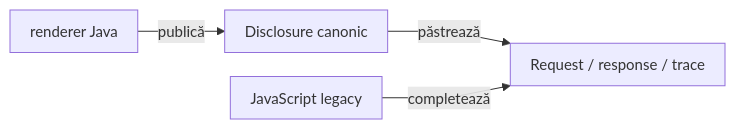
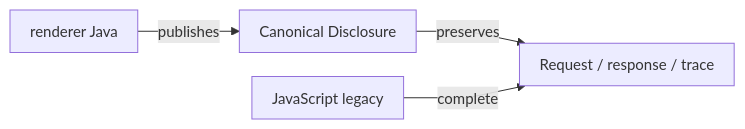
The ninth of 18 diagrams in atf-reporting/README.md (crististefanita/atf_j0), drawn with Mermaid before and after one commit. The commit also changed other lines of this file and 113 other files, not shown here.

````diff
--- a/atf-reporting/README.md
+++ b/atf-reporting/README.md
@@ -1483,7 +1151,7 @@
 ```mermaid
 %%{init: {"themeVariables":{"fontSize":"15px"},"themeCSS":".nodeLabel, .nodeLabel p { font-size: 15px !important; line-height: 1.35 !important; } .edgeLabel, .edgeLabel p { font-size: 12px !important; font-weight: 400 !important; line-height: 1.2 !important; } .edgeLabel .labelBkg, .edgeLabel p { background: transparent !important; } .edgeLabel foreignObject { transform: translateY(-18px); overflow: visible; } .node rect { rx: 6px; ry: 6px; }","flowchart":{"curve":"linear","nodeSpacing":24,"rankSpacing":40,"padding":10,"diagramPadding":16}}}%%
 flowchart LR
-    Java[renderer Java] -->|publică| Canonical["Disclosure canonic"]
-    Canonical -->|păstrează| Dom["Request / response / trace"]
-    Legacy[JavaScript legacy] -->|completează| Dom
+    Java[renderer Java] -->|publishes| Canonical["Canonical Disclosure"]
+    Canonical -->|preserves| Dom["Request / response / trace"]
+    Legacy[JavaScript legacy] -->|complete| Dom
 ```
````
